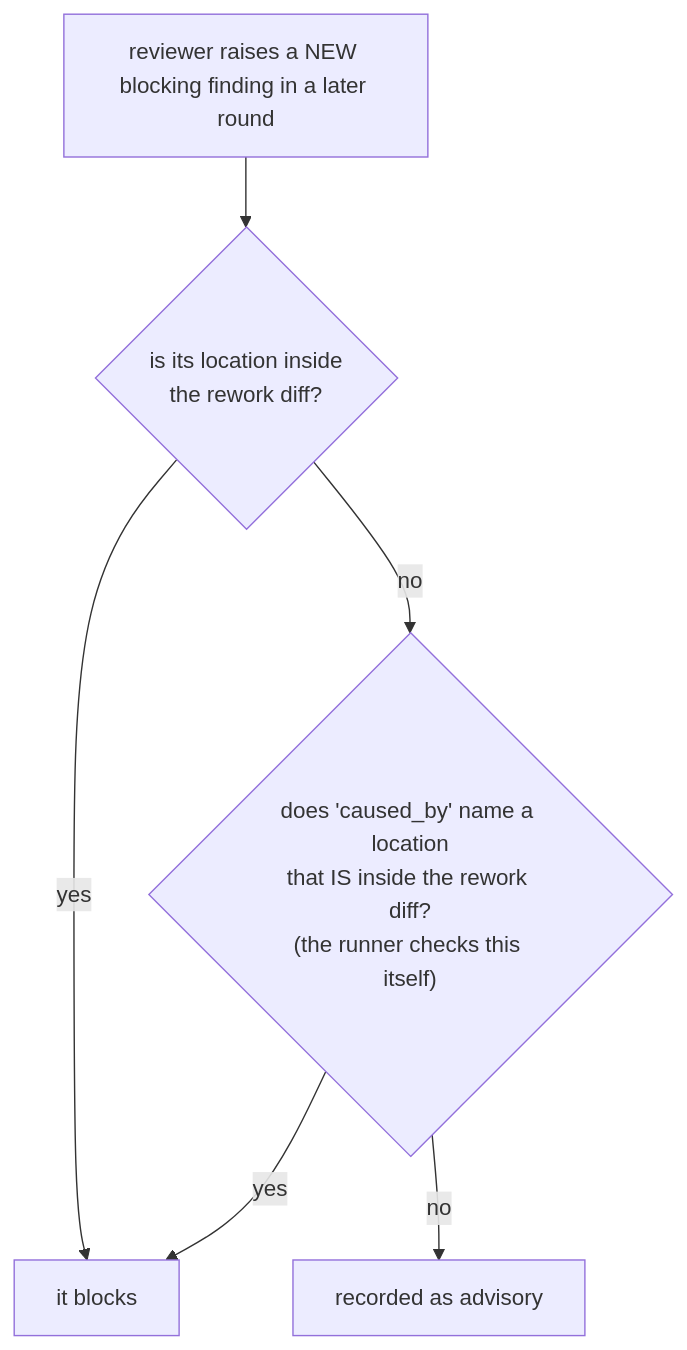
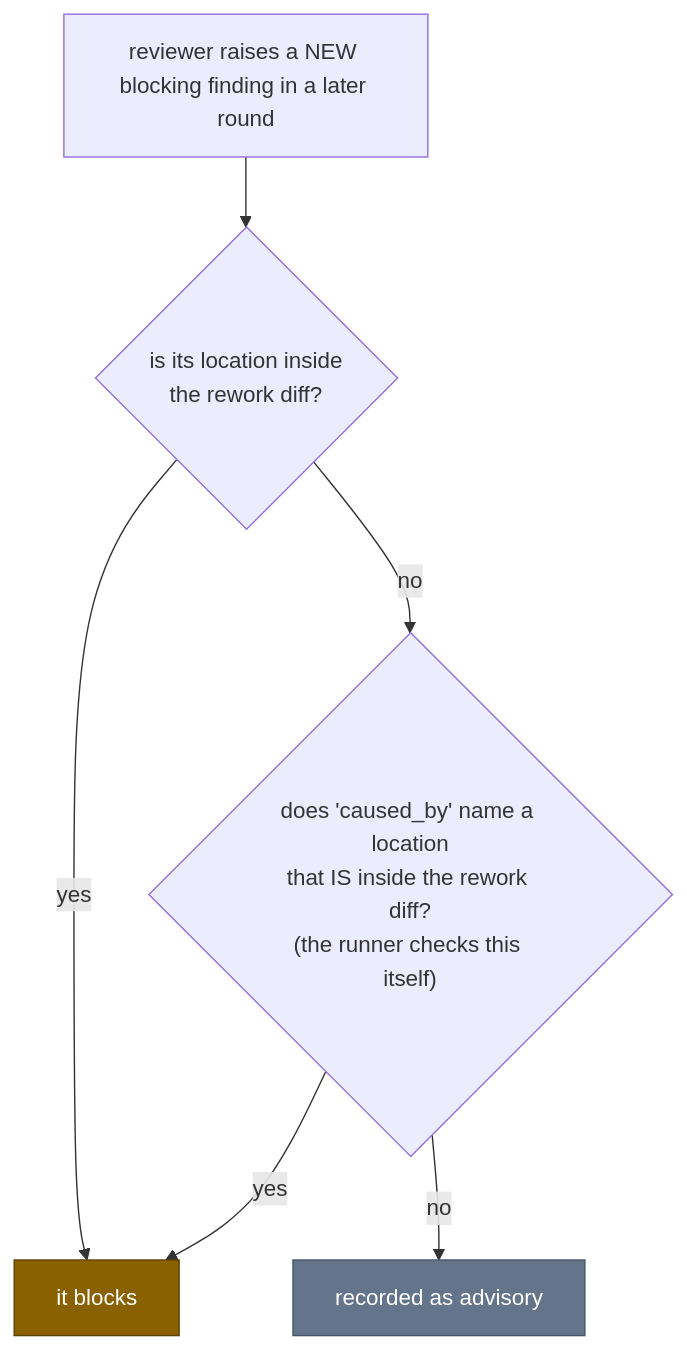
One commit to miavenet/mv-aipp101-starter changed the third of 4 diagrams in task_runner/docs/tutorial/03-review-panels-and-findings.md. Above: the diagram before and after it, drawn with Mermaid. The commit also changed other lines of this file and 6 other files, not shown here.

````diff
--- a/task_runner/docs/tutorial/03-review-panels-and-findings.md
+++ b/task_runner/docs/tutorial/03-review-panels-and-findings.md
@@ -84,8 +94,13 @@
 ```mermaid
 flowchart TB
     N["reviewer raises a NEW blocking finding in a later round"] --> Q1{"is its location inside<br/>the rework diff?"}
     Q1 -- yes --> B["it blocks"]
     Q1 -- no --> Q2{"does 'caused_by' name a location<br/>that IS inside the rework diff?<br/>(the runner checks this itself)"}
     Q2 -- yes --> B
     Q2 -- no --> ADV["recorded as advisory"]
+
+    classDef rework fill:#8a6100,stroke:#5e4200,color:#ffffff
+    classDef aside fill:#64748b,stroke:#475569,color:#ffffff
+    class B rework
+    class ADV aside
 ```
````
